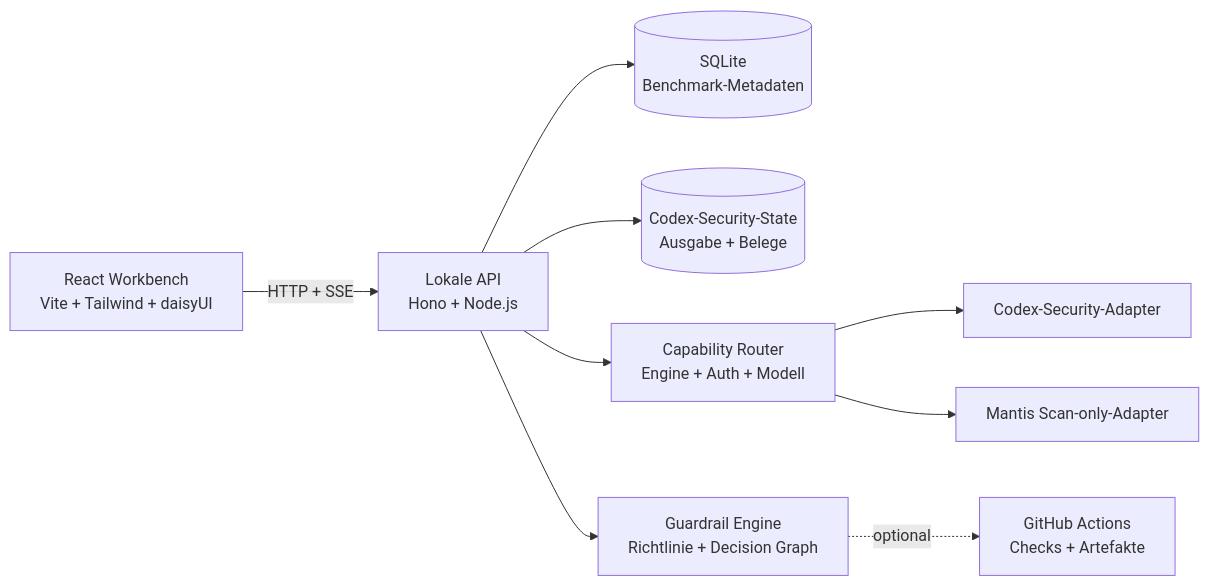
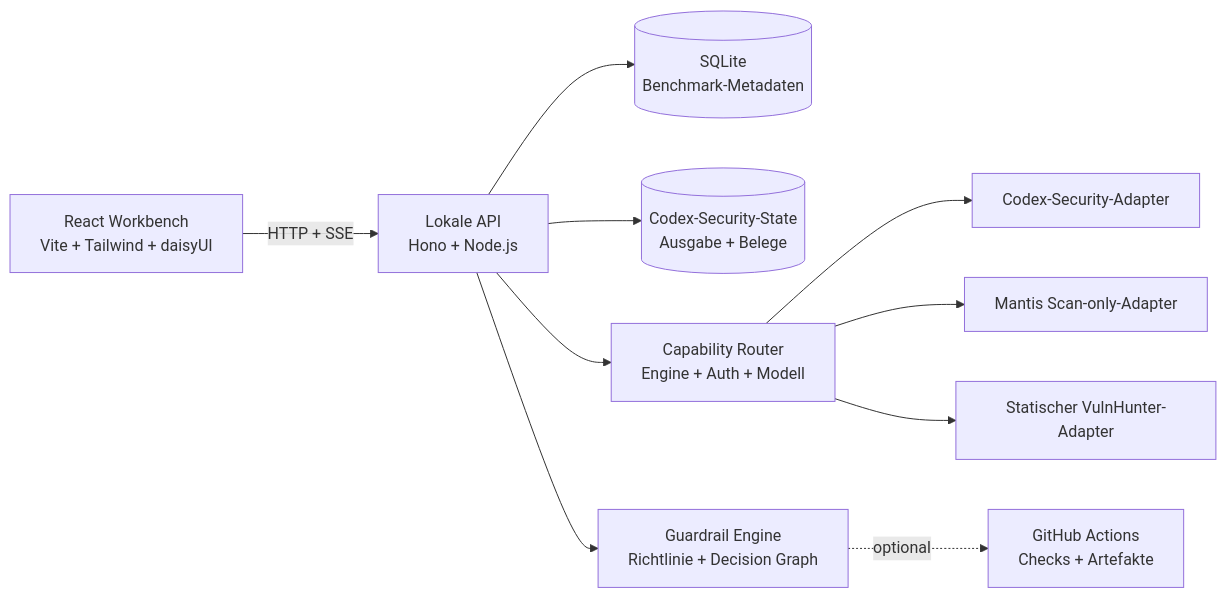
One commit to OkamiOps/okami-sentinel changed the diagram in README.de.md. Above: the diagram before and after it, drawn with Mermaid. The commit also changed other lines of this file and 21 other files, not shown here.

Commit message:
feat(scanners): add read-only VulnHunter Codex adapter

````diff
--- a/README.de.md
+++ b/README.de.md
@@ -84,21 +86,23 @@
 ```mermaid
 flowchart LR
     UI["React Workbench\nVite + Tailwind + daisyUI"]
     API["Lokale API\nHono + Node.js"]
     DB[("SQLite\nBenchmark-Metadaten")]
     STATE[("Codex-Security-State\nAusgabe + Belege")]
     ROUTER["Capability Router\nEngine + Auth + Modell"]
     SCANNER["Codex-Security-Adapter"]
     MANTIS["Mantis Scan-only-Adapter"]
+    VULNHUNTER["Statischer VulnHunter-Adapter"]
     GATE["Guardrail Engine\nRichtlinie + Decision Graph"]
     GH["GitHub Actions\nChecks + Artefakte"]
 
     UI -->|HTTP + SSE| API
     API --> DB
     API --> STATE
     API --> ROUTER
     ROUTER --> SCANNER
     ROUTER --> MANTIS
+    ROUTER --> VULNHUNTER
     API --> GATE
     GATE -. optional .-> GH
 ```
````
